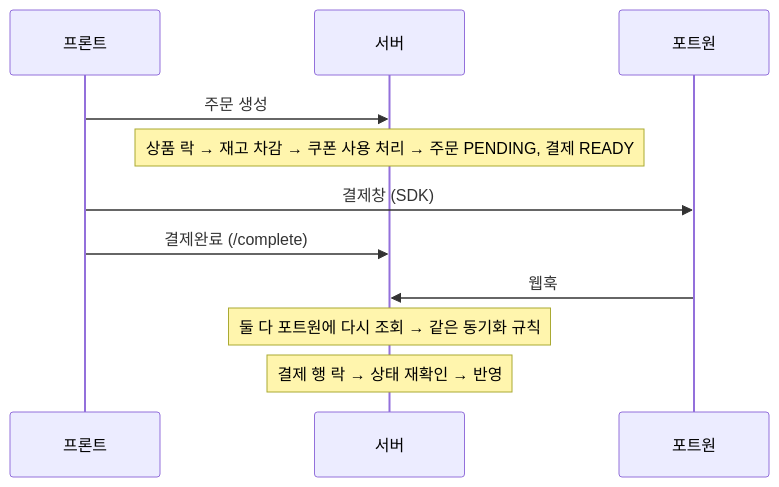
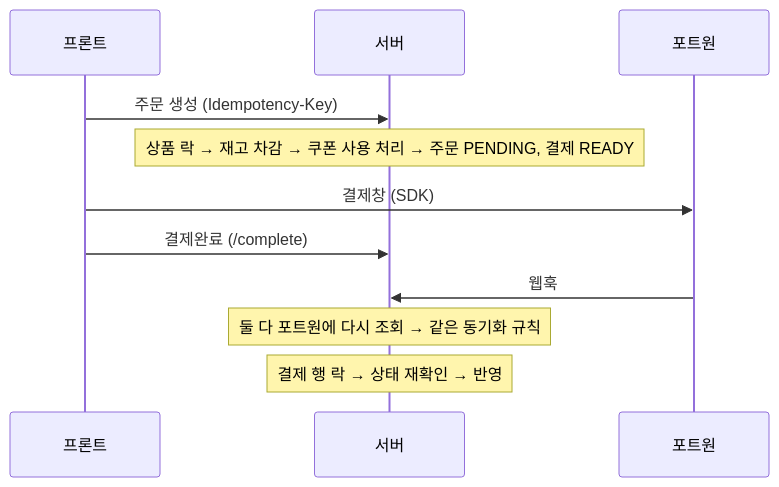
Before and after one commit to junghun92/baseshop: the third of 3 diagrams in README.md, drawn with Mermaid. The commit also changed other lines of this file, not shown here.

````diff
--- a/README.md
+++ b/README.md
@@ -273,13 +273,13 @@
 ```mermaid
 sequenceDiagram
     participant F as 프론트
     participant S as 서버
     participant P as 포트원
-    F->>S: 주문 생성
+    F->>S: 주문 생성 (Idempotency-Key)
     Note over S: 상품 락 → 재고 차감 → 쿠폰 사용 처리 → 주문 PENDING, 결제 READY
     F->>P: 결제창 (SDK)
     F->>S: 결제완료 (/complete)
     P->>S: 웹훅
     Note over S: 둘 다 포트원에 다시 조회 → 같은 동기화 규칙
     Note over S: 결제 행 락 → 상태 재확인 → 반영
 ```
````
